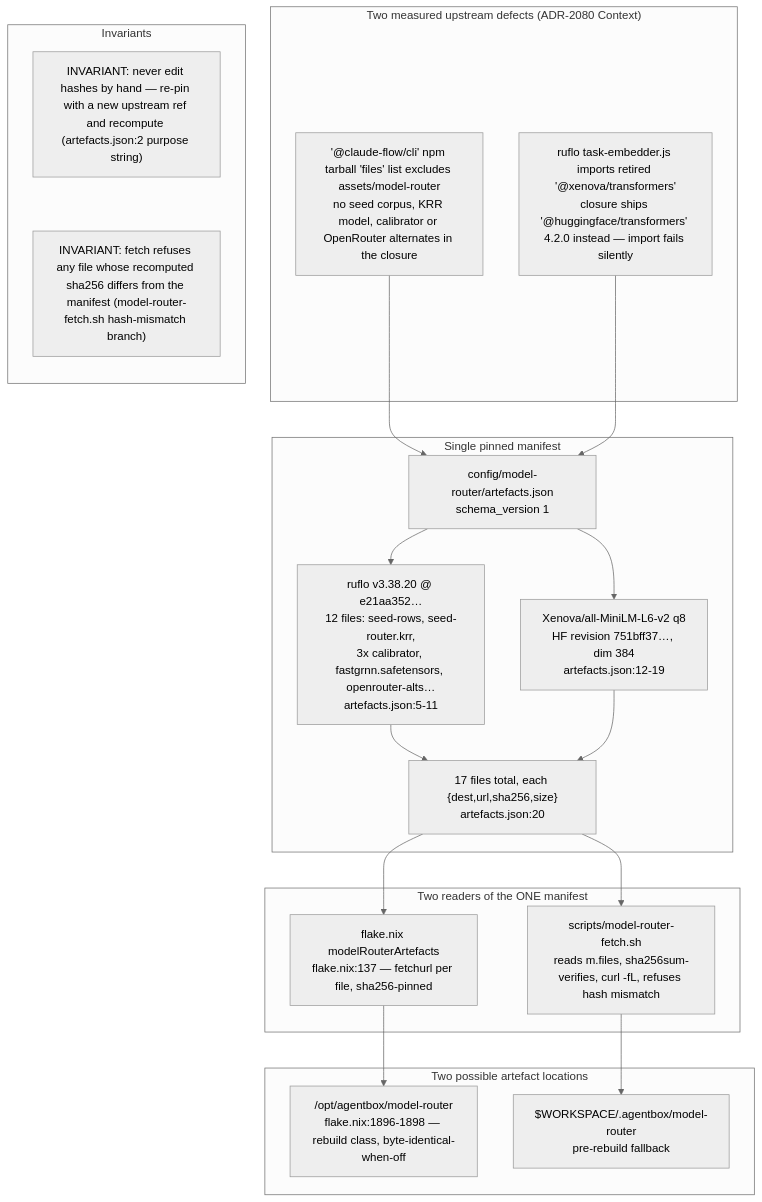
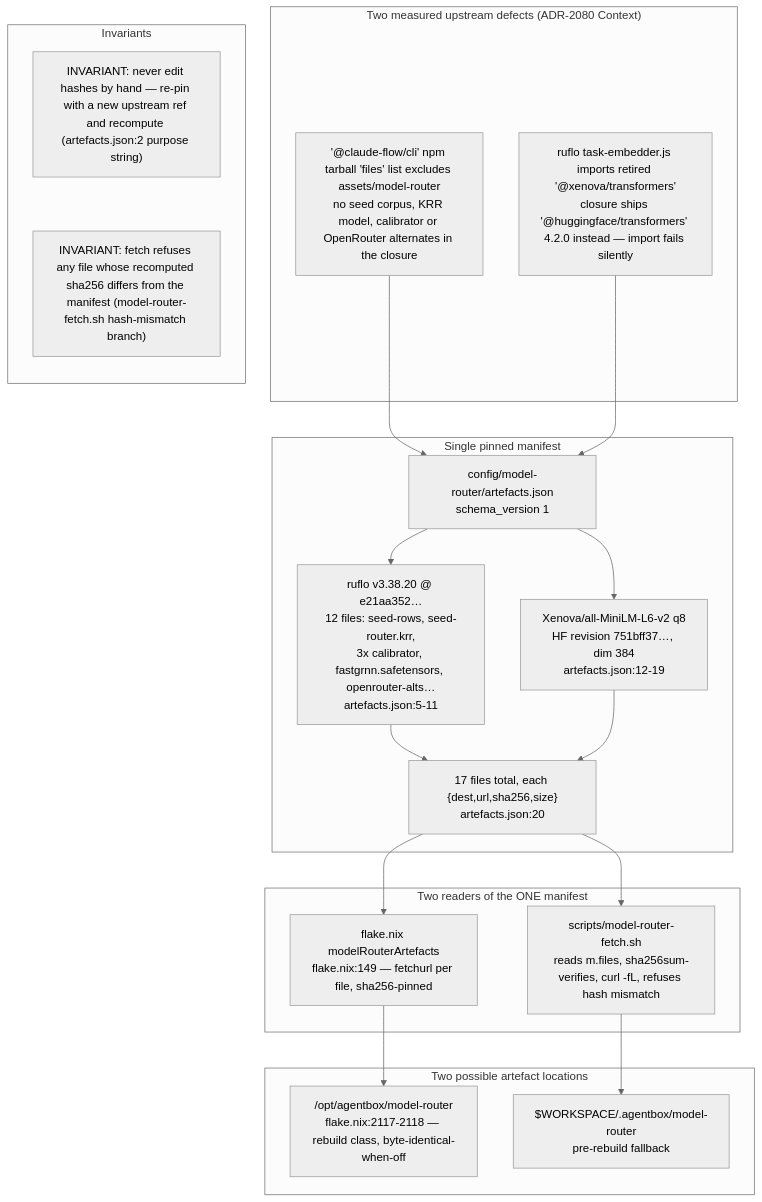
One commit to DreamLab-AI/VisionFlow changed the first of 9 diagrams in docs/diagrams/agentbox/29-metaharness-router-console.md. Above: the diagram before and after it, drawn with Mermaid (neutral theme). The commit also changed other lines of this file and 111 other files, not shown here.

Commit message:
docs(diagrams): align estate maps with current source

````diff
--- a/docs/diagrams/agentbox/29-metaharness-router-console.md
+++ b/docs/diagrams/agentbox/29-metaharness-router-console.md
@@ -28,33 +28,33 @@
 ```mermaid
 flowchart TB
     subgraph gap["Two measured upstream defects (ADR-2080 Context)"]
         T1["'@claude-flow/cli' npm tarball 'files' list excludes assets/model-router<br/>no seed corpus, KRR model, calibrator or OpenRouter alternates in the closure"]
         T2["ruflo task-embedder.js imports retired '@xenova/transformers'<br/>closure ships '@huggingface/transformers' 4.2.0 instead — import fails silently"]
     end
     subgraph manifest["Single pinned manifest"]
         ART["config/model-router/artefacts.json<br/>schema_version 1"]
         RUFLO["ruflo v3.38.20 @ e21aa352…<br/>12 files: seed-rows, seed-router.krr,<br/>3x calibrator, fastgrnn.safetensors, openrouter-alts…<br/>artefacts.json:5-11"]
         EMB["Xenova/all-MiniLM-L6-v2 q8<br/>HF revision 751bff37…, dim 384<br/>artefacts.json:12-19"]
         FILES["17 files total, each {dest,url,sha256,size}<br/>artefacts.json:20"]
     end
     subgraph readers["Two readers of the ONE manifest"]
-        NIX["flake.nix modelRouterArtefacts<br/>flake.nix:137 — fetchurl per file, sha256-pinned"]
+        NIX["flake.nix modelRouterArtefacts<br/>flake.nix:149 — fetchurl per file, sha256-pinned"]
         FETCH["scripts/model-router-fetch.sh<br/>reads m.files, sha256sum-verifies, curl -fL, refuses hash mismatch"]
     end
     subgraph outputs["Two possible artefact locations"]
-        BAKED["/opt/agentbox/model-router<br/>flake.nix:1896-1898 — rebuild class, byte-identical-when-off"]
+        BAKED["/opt/agentbox/model-router<br/>flake.nix:2117-2118 — rebuild class, byte-identical-when-off"]
         FALLBACK["$WORKSPACE/.agentbox/model-router<br/>pre-rebuild fallback"]
     end
     T1 --> ART
     T2 --> ART
     ART --> RUFLO --> FILES
     ART --> EMB --> FILES
     FILES --> NIX --> BAKED
     FILES --> FETCH --> FALLBACK
     subgraph notes["Invariants"]
         direction TB
         N1["INVARIANT: never edit hashes by hand — re-pin with a new upstream ref and recompute (artefacts.json:2 purpose string)"]
         N2["INVARIANT: fetch refuses any file whose recomputed sha256 differs from the manifest (model-router-fetch.sh hash-mismatch branch)"]
         N1 ~~~ N2
     end
 ```
````
